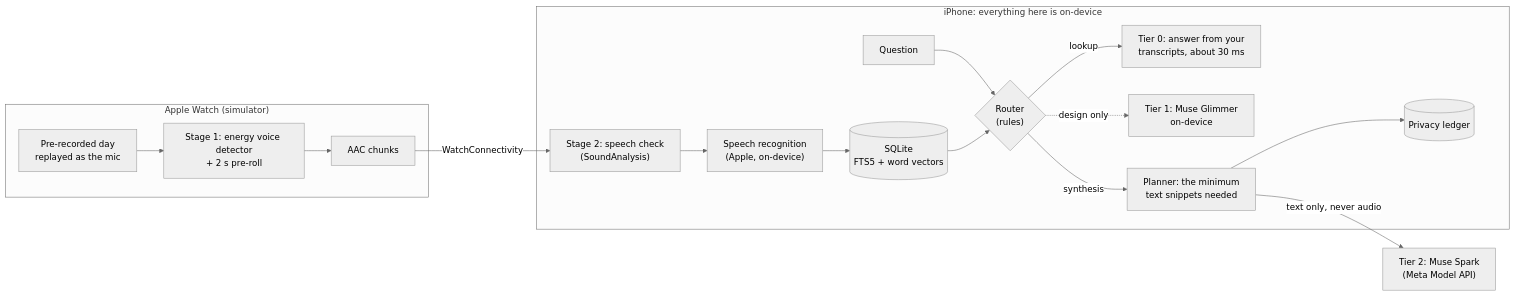
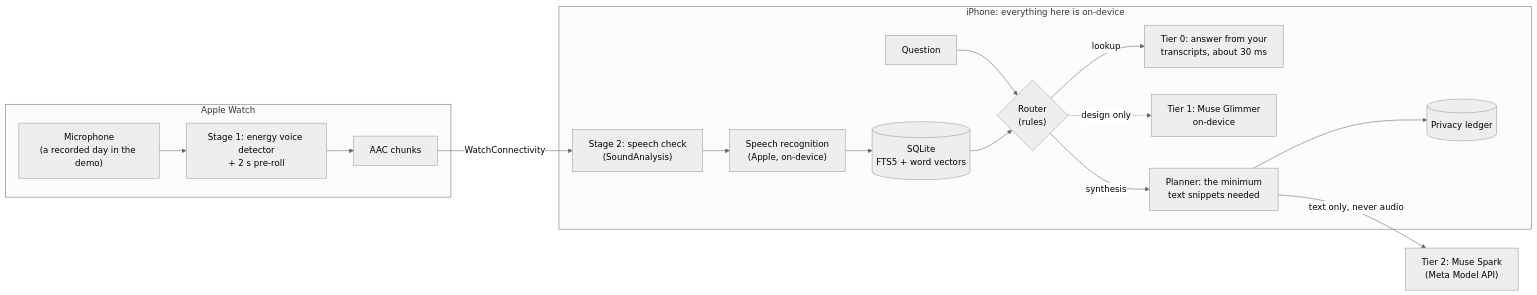
Before and after one commit to levxn/Echo: the diagram in README.md, drawn with Mermaid (neutral theme). The commit also changed other lines of this file and 14 other files, not shown here.

````diff
--- a/README.md
+++ b/README.md
@@ -131,19 +131,19 @@
 ```mermaid
 flowchart LR
-  subgraph Watch["Apple Watch (simulator)"]
-    A["Pre-recorded day<br/>replayed as the mic"] --> B["Stage 1: energy voice detector<br/>+ 2 s pre-roll"]
+  subgraph Watch["Apple Watch"]
+    A["Microphone<br/>(a recorded day in the demo)"] --> B["Stage 1: energy voice detector<br/>+ 2 s pre-roll"]
     B --> C["AAC chunks"]
   end
   C -- "WatchConnectivity" --> D
   subgraph Phone["iPhone: everything here is on-device"]
     D["Stage 2: speech check<br/>(SoundAnalysis)"] --> E["Speech recognition<br/>(Apple, on-device)"]
     E --> F[("SQLite<br/>FTS5 + word vectors")]
     Q["Question"] --> R{"Router<br/>(rules)"}
     F --> R
     R -->|lookup| T0["Tier 0: answer from your<br/>transcripts, about 30 ms"]
     R -.->|"design only"| T1["Tier 1: Muse Glimmer<br/>on-device"]
     R -->|synthesis| P["Planner: the minimum<br/>text snippets needed"]
     P --> L[("Privacy ledger")]
   end
   P -- "text only, never audio" --> M["Tier 2: Muse Spark<br/>(Meta Model API)"]
 ```
````
